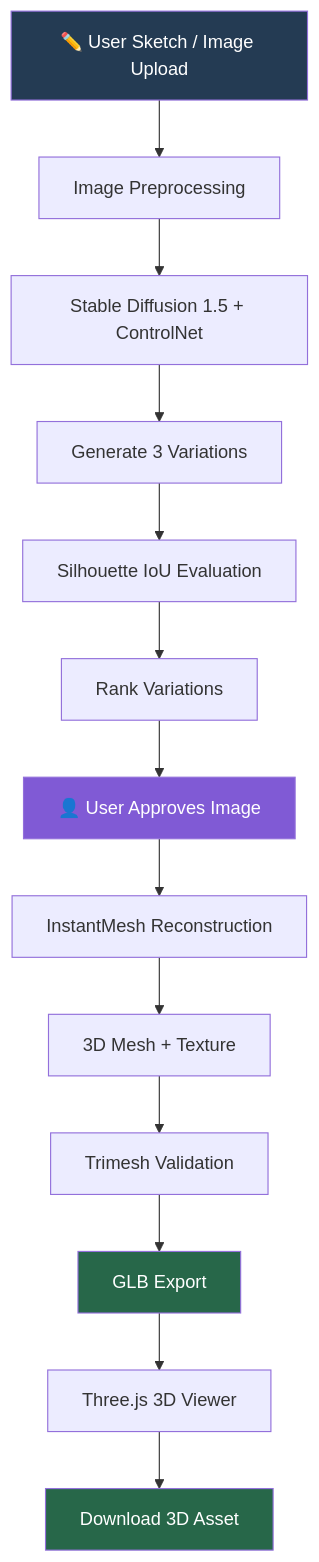
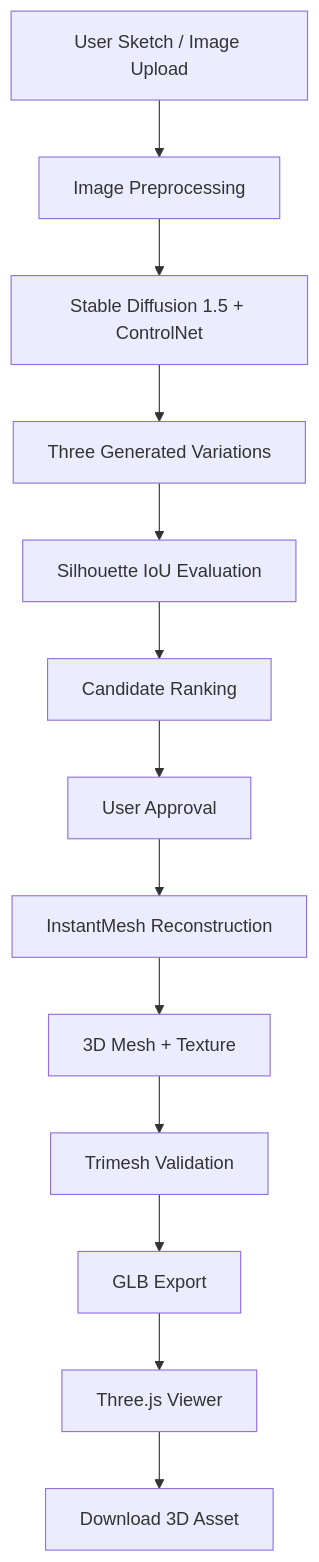
One commit to kakashsunny/PoofIt3D changed the diagram in README.md. Above: the diagram before and after it, drawn with Mermaid. The commit also changed other lines of this file, not shown here.

````diff
--- a/README.md
+++ b/README.md
@@ -94,20 +125,15 @@
 ```mermaid
 flowchart TD
-    A["✏️ User Sketch / Image Upload"] --> B["Image Preprocessing"]
+    A["User Sketch / Image Upload"] --> B["Image Preprocessing"]
     B --> C["Stable Diffusion 1.5 + ControlNet"]
-    C --> D["Generate 3 Variations"]
+    C --> D["Three Generated Variations"]
     D --> E["Silhouette IoU Evaluation"]
-    E --> F["Rank Variations"]
-    F --> G["👤 User Approves Image"]
+    E --> F["Candidate Ranking"]
+    F --> G["User Approval"]
     G --> H["InstantMesh Reconstruction"]
     H --> I["3D Mesh + Texture"]
     I --> J["Trimesh Validation"]
     J --> K["GLB Export"]
-    K --> L["Three.js 3D Viewer"]
+    K --> L["Three.js Viewer"]
     L --> M["Download 3D Asset"]
-
-    style A fill:#243b53,color:#fff
-    style G fill:#805ad5,color:#fff
-    style K fill:#276749,color:#fff
-    style M fill:#276749,color:#fff
 ```
````
